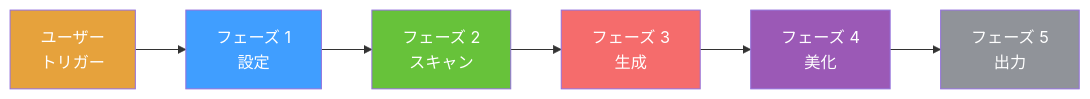
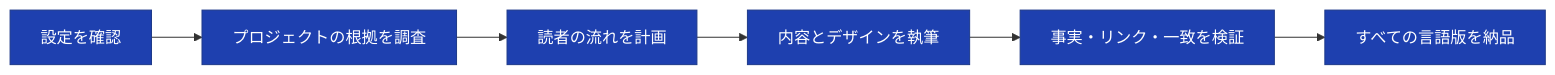
Before and after one commit to Not-A-Cracker/general-readme-skill: the first of 2 diagrams in assets/README-ja.md, drawn with Mermaid. The commit also changed other lines of this file and 25 other files, not shown here.

Commit message:
feat: 重构为 readme-write 与 readme-update 双技能并强制流程图与语言对等

````diff
--- a/assets/README-ja.md
+++ b/assets/README-ja.md
@@ -44,14 +104,10 @@
 ```mermaid
-graph LR
-    A[ユーザー<br/>トリガー] --> B[フェーズ 1<br/>設定]
-    B --> C[フェーズ 2<br/>スキャン]
-    C --> D[フェーズ 3<br/>生成]
-    D --> E[フェーズ 4<br/>美化]
-    E --> F[フェーズ 5<br/>出力]
-    style A fill:#E6A23C,color:#fff
-    style B fill:#409EFF,color:#fff
-    style C fill:#67C23A,color:#fff
-    style D fill:#F56C6C,color:#fff
-    style E fill:#9B59B6,color:#fff
-    style F fill:#909399,color:#fff
+flowchart LR
+    A[設定を確認] --> B[プロジェクトの根拠を調査]
+    B --> C[読者の流れを計画]
+    C --> D[内容とデザインを執筆]
+    D --> E[事実・リンク・一致を検証]
+    E --> F[すべての言語版を納品]
+    classDef step fill:#1e40af,stroke:#1e3a8a,color:#fff
+    class A,B,C,D,E,F step
 ```
````
